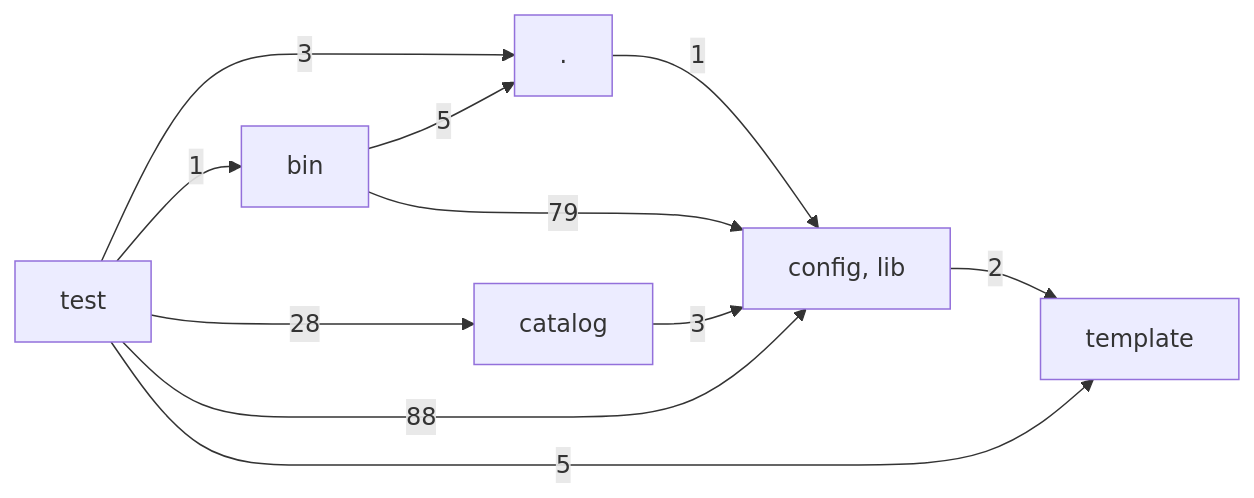
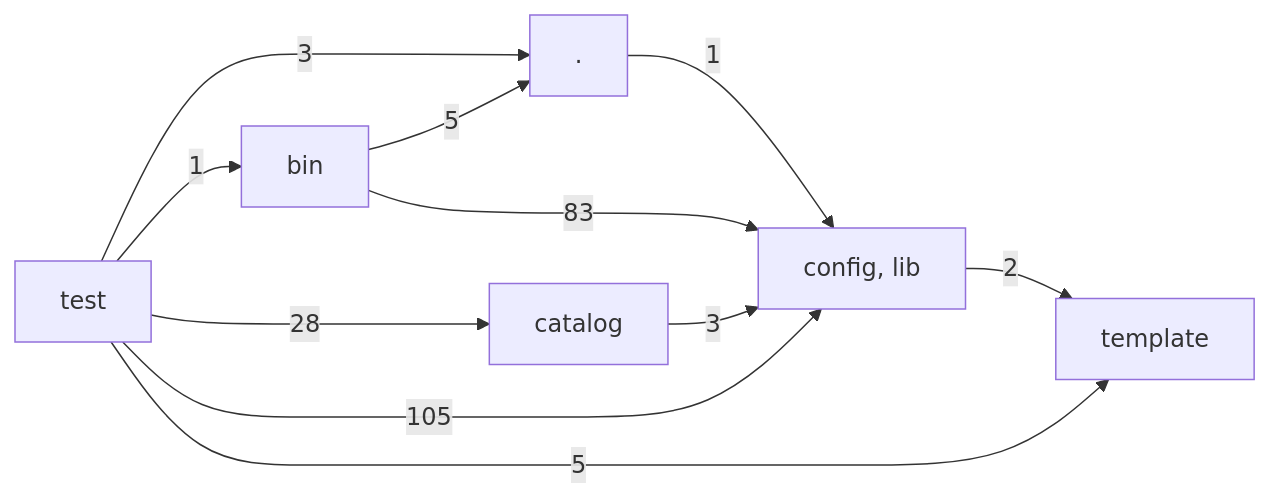
The diagram in docs/architecture/layers.md (hackersandwizards/scaffolding), drawn with Mermaid before and after one commit. The commit also changed 51 other files, not shown here.

````diff
--- a/docs/architecture/layers.md
+++ b/docs/architecture/layers.md
@@ -3,19 +3,19 @@
 ```mermaid
 graph LR
   L0["."]
   L1["bin"]
   L2["catalog"]
   L3["config, lib"]
   L4["template"]
   L5["test"]
   L0 -->|1| L3
   L1 -->|5| L0
-  L1 -->|79| L3
+  L1 -->|83| L3
   L2 -->|3| L3
   L3 -->|2| L4
   L5 -->|3| L0
   L5 -->|1| L1
   L5 -->|28| L2
-  L5 -->|88| L3
+  L5 -->|105| L3
   L5 -->|5| L4
 ```
````
